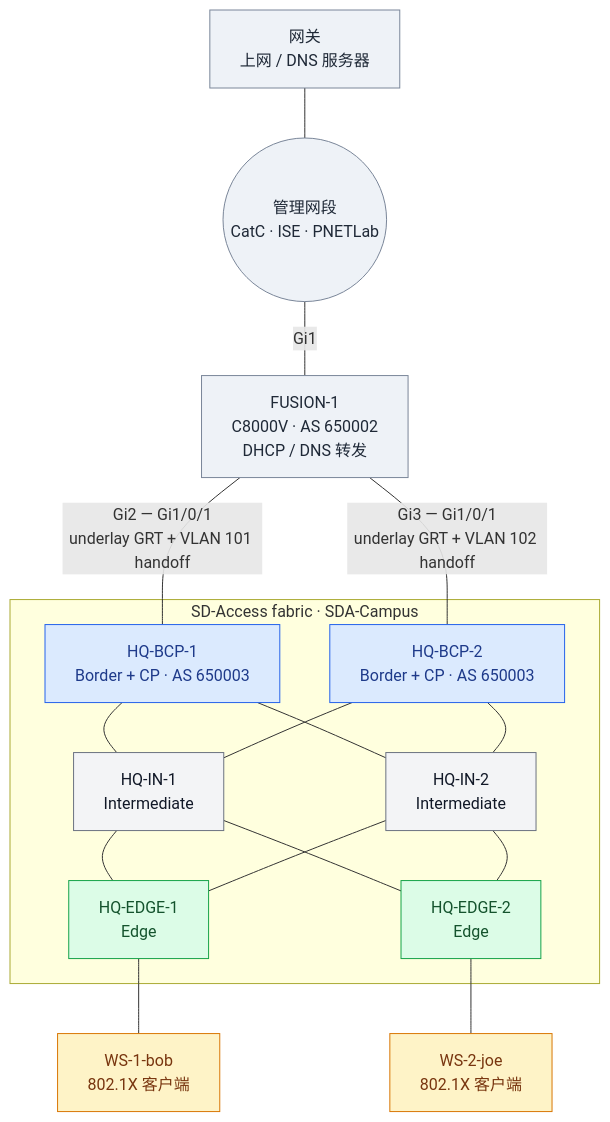
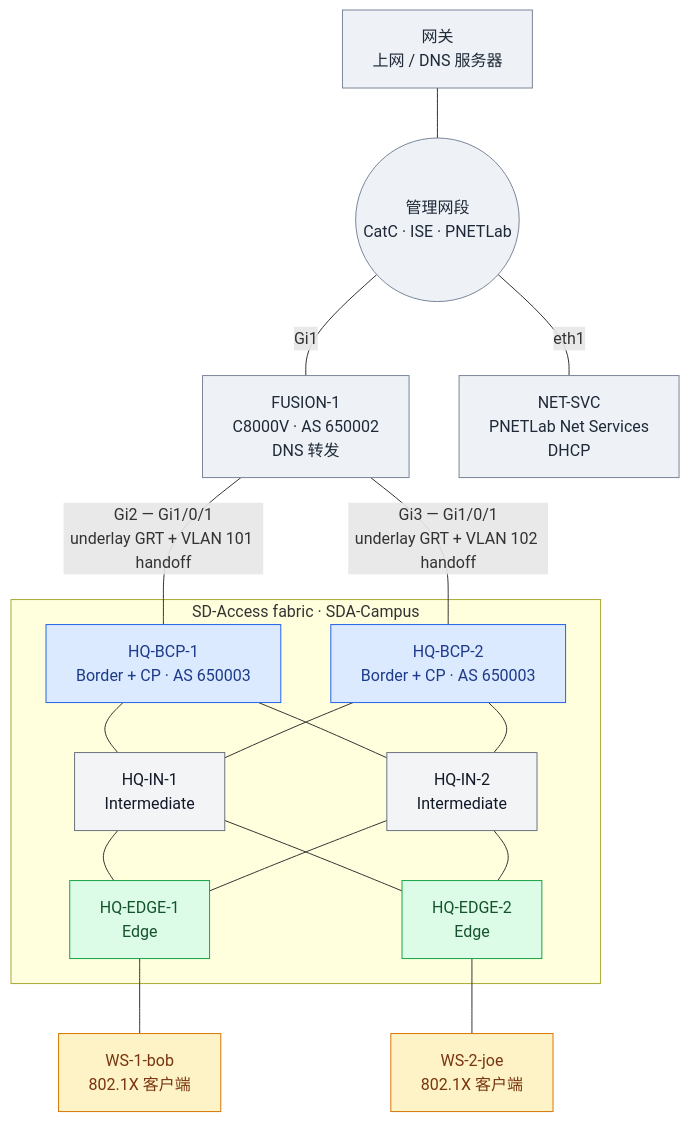
Before and after one commit to blue126/sda-nac-workbook: the diagram in WORKBOOK.md, drawn with Mermaid. The commit also changed other lines of this file and 11 other files, not shown here.

First line of the commit message:
Stage 4 verified; Net Services as default DHCP

````diff
--- a/WORKBOOK.md
+++ b/WORKBOOK.md
@@ -13,44 +13,46 @@
 ```mermaid
 flowchart TB
     GW["网关<br/>上网 / DNS 服务器"]
     MGMT(("管理网段<br/>CatC · ISE · PNETLab"))
-    FUS["FUSION-1<br/>C8000V · AS 650002<br/>DHCP / DNS 转发"]
+    FUS["FUSION-1<br/>C8000V · AS 650002<br/>DNS 转发"]
+    NET["NET-SVC<br/>PNETLab Net Services<br/>DHCP"]
 
     subgraph FABRIC["SD-Access fabric · SDA-Campus"]
         BCP1["HQ-BCP-1<br/>Border + CP · AS 650003"]
         BCP2["HQ-BCP-2<br/>Border + CP · AS 650003"]
         IN1["HQ-IN-1<br/>Intermediate"]
         IN2["HQ-IN-2<br/>Intermediate"]
         EN1["HQ-EDGE-1<br/>Edge"]
         EN2["HQ-EDGE-2<br/>Edge"]
     end
 
     WS1["WS-1-bob<br/>802.1X 客户端"]
     WS2["WS-2-joe<br/>802.1X 客户端"]
 
     GW --- MGMT
     MGMT ---|"Gi1"| FUS
+    MGMT ---|"eth1"| NET
     FUS ---|"Gi2 — Gi1/0/1<br/>underlay GRT + VLAN 101 handoff"| BCP1
     FUS ---|"Gi3 — Gi1/0/1<br/>underlay GRT + VLAN 102 handoff"| BCP2
     BCP1 --- IN1
     BCP1 --- IN2
     BCP2 --- IN1
     BCP2 --- IN2
     IN1 --- EN1
     IN1 --- EN2
     IN2 --- EN1
     IN2 --- EN2
     EN1 --- WS1
     EN2 --- WS2
 
     classDef ext fill:#eef2f7,stroke:#7a8699,color:#1f2937
     classDef border fill:#dbeafe,stroke:#2563eb,color:#1e3a8a
     classDef inter fill:#f3f4f6,stroke:#6b7280,color:#111827
     classDef edge fill:#dcfce7,stroke:#16a34a,color:#14532d
     classDef host fill:#fef3c7,stroke:#d97706,color:#78350f
-    class GW,MGMT,FUS ext
+    class GW,MGMT,FUS,NET ext
     class BCP1,BCP2 border
     class IN1,IN2 inter
     class EN1,EN2 edge
     class WS1,WS2 host
 ```
````
